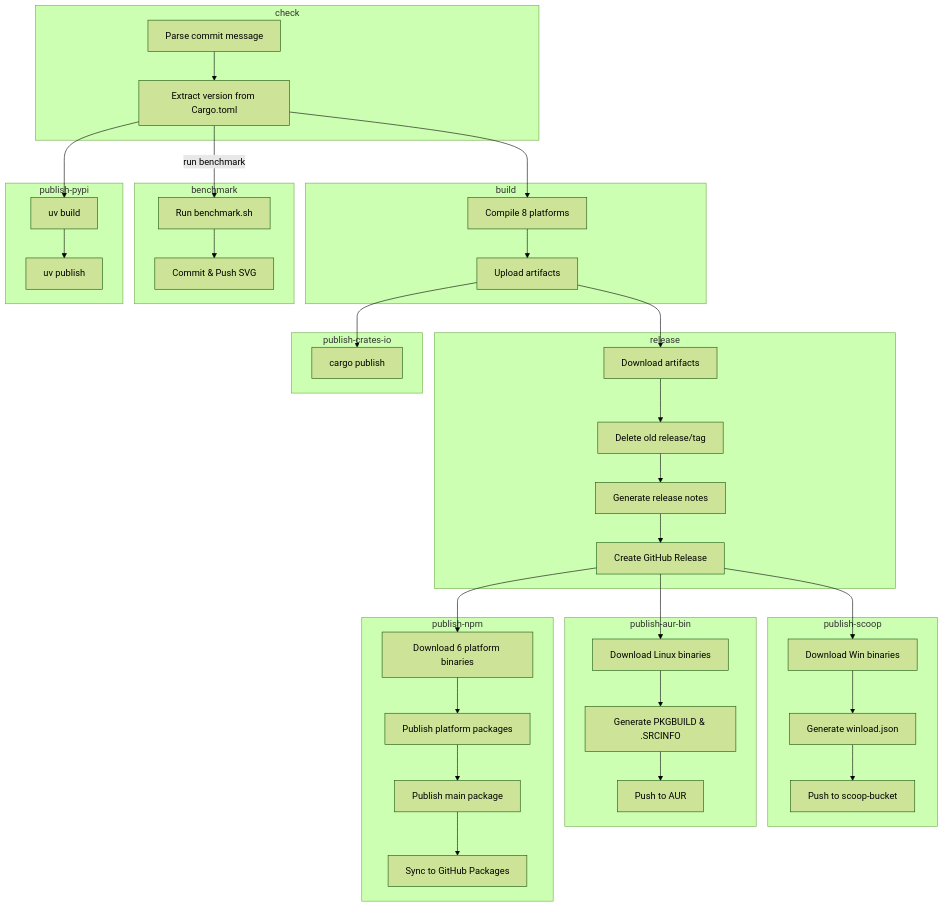
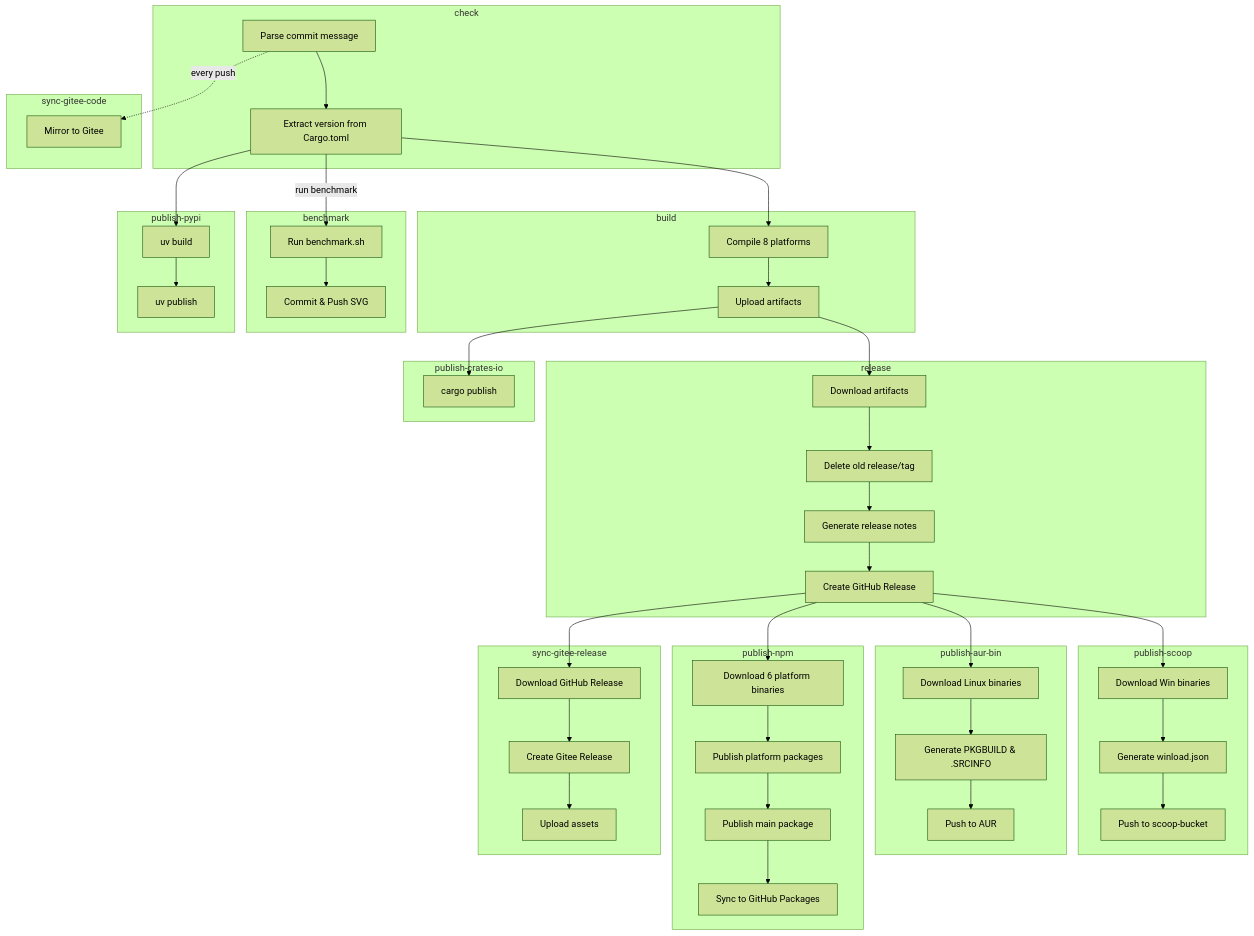
Before and after one commit to VincentZyu233/winload_ForMiWifiRouter3G: the diagram in .github/workflows/build.md, drawn with Mermaid (forest theme). The commit also changed other lines of this file and 7 other files, not shown here.

````diff
--- a/.github/workflows/build.md
+++ b/.github/workflows/build.md
@@ -138,69 +149,82 @@
 ```mermaid
 flowchart TB
     subgraph check["check"]
         C1[Parse commit message]
         C2[Extract version from Cargo.toml]
+    end
+    
+    subgraph syncCode["sync-gitee-code"]
+        SC1[Mirror to Gitee]
     end
     
     subgraph build["build"]
         B1[Compile 8 platforms]
         B2[Upload artifacts]
     end
     
     subgraph release["release"]
         R1[Download artifacts]
         R2[Delete old release/tag]
         R3[Generate release notes]
         R4[Create GitHub Release]
     end
     
     subgraph scoop["publish-scoop"]
         S1[Download Win binaries]
         S2[Generate winload.json]
         S3[Push to scoop-bucket]
     end
     
     subgraph aur["publish-aur-bin"]
         A1[Download Linux binaries]
         A2[Generate PKGBUILD & .SRCINFO]
         A3[Push to AUR]
     end
     
     subgraph npm["publish-npm"]
         N1[Download 6 platform binaries]
         N2[Publish platform packages]
         N3[Publish main package]
         N4[Sync to GitHub Packages]
     end
     
+    subgraph syncRelease["sync-gitee-release"]
+        SR1[Download GitHub Release]
+        SR2[Create Gitee Release]
+        SR3[Upload assets]
+    end
+    
     subgraph benchmark["benchmark"]
         BM1[Run benchmark.sh]
         BM2[Commit & Push SVG]
     end
     
     subgraph crates["publish-crates-io"]
         CR1[cargo publish]
     end
     
     subgraph pypi["publish-pypi"]
         PY1[uv build]
         PY2[uv publish]
     end
 
     C1 --> C2
+    C1 -."every push".-> SC1
     C2 --> B1
     C2 --"run benchmark"--> BM1
     C2 --> PY1
     BM1 --> BM2
     PY1 --> PY2
     B1 --> B2
     B2 --> R1
     B2 --> CR1
     R1 --> R2 --> R3 --> R4
     R4 --> S1
     S1 --> S2 --> S3
     R4 --> A1
     A1 --> A2 --> A3
     R4 --> N1
     N1 --> N2 --> N3 --> N4
+    R4 --> SR1
+    SR1 --> SR2 --> SR3
 ```
````
